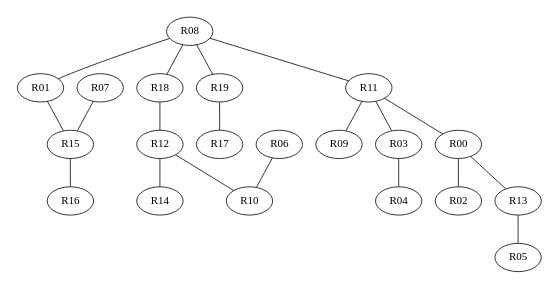
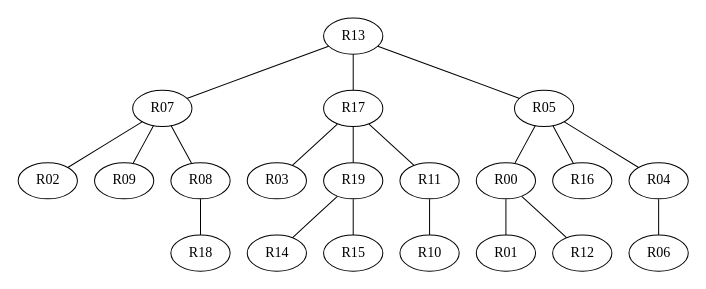
The diagram in _posts/personal_ipynb/Graph.gv (frhyme/frhyme.github.io), drawn with Graphviz before and after one commit. The commit also changed 4 other files, not shown here.

```diff
--- a/_posts/personal_ipynb/Graph.gv
+++ b/_posts/personal_ipynb/Graph.gv
@@ -1,60 +1,60 @@
 graph {
 	graph [size="12,2"]
+	R13
+	R07
+	R13 -- R07
+	R13
+	R17
+	R13 -- R17
+	R13
+	R05
+	R13 -- R05
+	R07
+	R02
+	R07 -- R02
+	R07
+	R09
+	R07 -- R09
+	R07
 	R08
+	R07 -- R08
+	R17
+	R03
+	R17 -- R03
+	R17
+	R19
+	R17 -- R19
+	R17
 	R11
-	R08 -- R11
+	R17 -- R11
+	R05
+	R00
+	R05 -- R00
+	R05
+	R16
+	R05 -- R16
+	R05
+	R04
+	R05 -- R04
 	R08
 	R18
 	R08 -- R18
-	R08
+	R11
+	R10
+	R11 -- R10
+	R04
+	R06
+	R04 -- R06
+	R00
 	R01
-	R08 -- R01
-	R08
+	R00 -- R01
+	R00
+	R12
+	R00 -- R12
 	R19
-	R08 -- R19
-	R11
-	R00
-	R11 -- R00
-	R11
-	R03
-	R11 -- R03
-	R11
-	R09
-	R11 -- R09
-	R18
-	R12
-	R18 -- R12
-	R01
+	R14
+	R19 -- R14
+	R19
 	R15
-	R01 -- R15
-	R07
-	R15
-	R07 -- R15
-	R03
-	R04
-	R03 -- R04
-	R00
-	R02
-	R00 -- R02
-	R00
-	R13
-	R00 -- R13
-	R12
-	R14
-	R12 -- R14
-	R12
-	R10
-	R12 -- R10
-	R06
-	R10
-	R06 -- R10
-	R15
-	R16
-	R15 -- R16
-	R13
-	R05
-	R13 -- R05
-	R19
-	R17
-	R19 -- R17
+	R19 -- R15
 }
```
